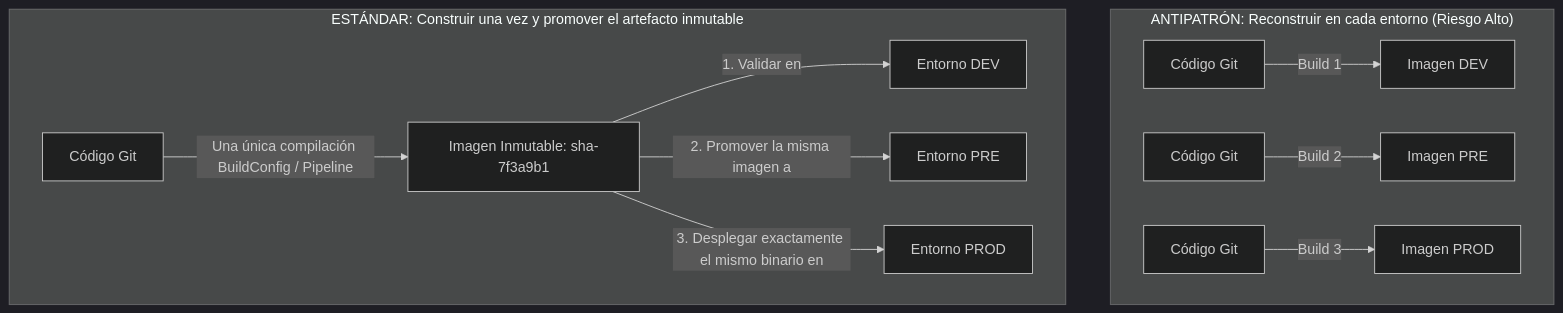
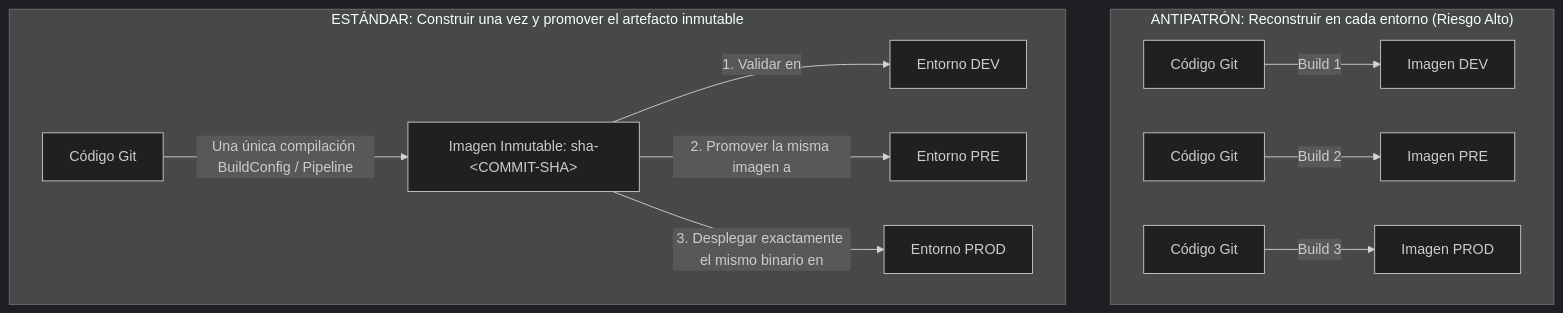
The first of 3 diagrams in docs/sesion4/4.6 Promocion entre entornos.md (ieftraining/curso-openshift), drawn with Mermaid (dark theme) before and after one commit. The commit also changed other lines of this file, not shown here.

````diff
--- a/docs/sesion4/4.6 Promocion entre entornos.md
+++ b/docs/sesion4/4.6 Promocion entre entornos.md
@@ -21,15 +21,15 @@
 ```mermaid
 flowchart TD
     subgraph ANTIPATRON ["ANTIPATRÓN: Reconstruir en cada entorno (Riesgo Alto)"]
         A1[Código Git] -->|Build 1| B1[Imagen DEV]
         A2[Código Git] -->|Build 2| B2[Imagen PRE]
         A3[Código Git] -->|Build 3| B3[Imagen PROD]
     end
 
     subgraph ESTANDAR ["ESTÁNDAR: Construir una vez y promover el artefacto inmutable"]
-        C[Código Git] -->|Una única compilación BuildConfig / Pipeline| D[Imagen Inmutable: sha-7f3a9b1]
+        C[Código Git] -->|Una única compilación BuildConfig / Pipeline| D[Imagen Inmutable: sha-&lt;COMMIT-SHA&gt;]
         D -->|1. Validar en| E[Entorno DEV]
         D -->|2. Promover la misma imagen a| F[Entorno PRE]
         D -->|3. Desplegar exactamente el mismo binario en| G[Entorno PROD]
     end
 ```
````
